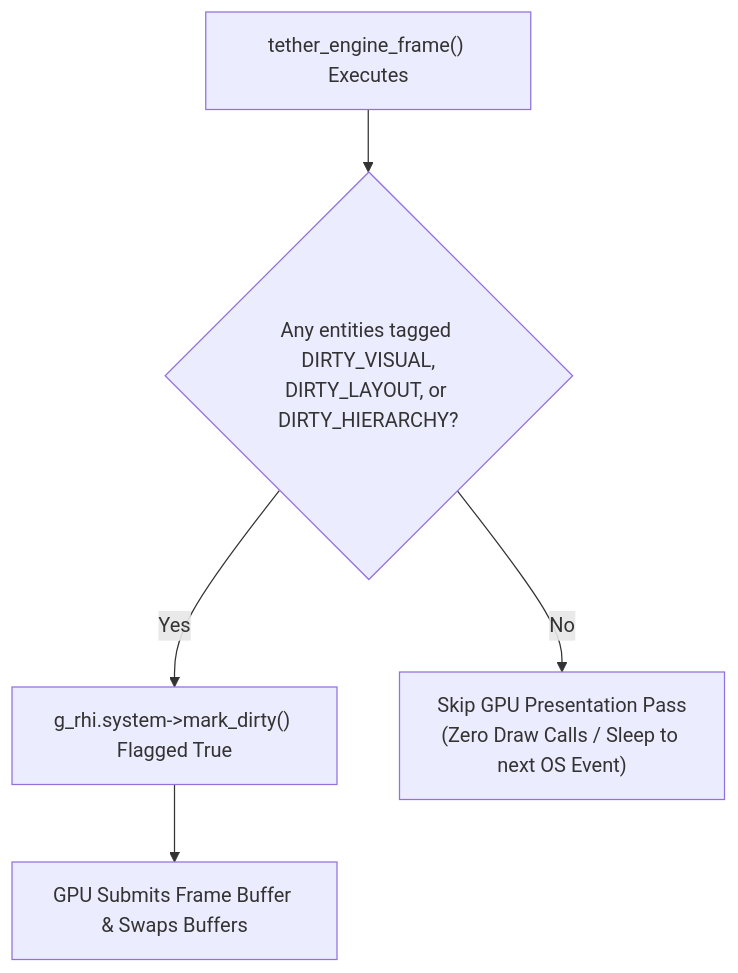
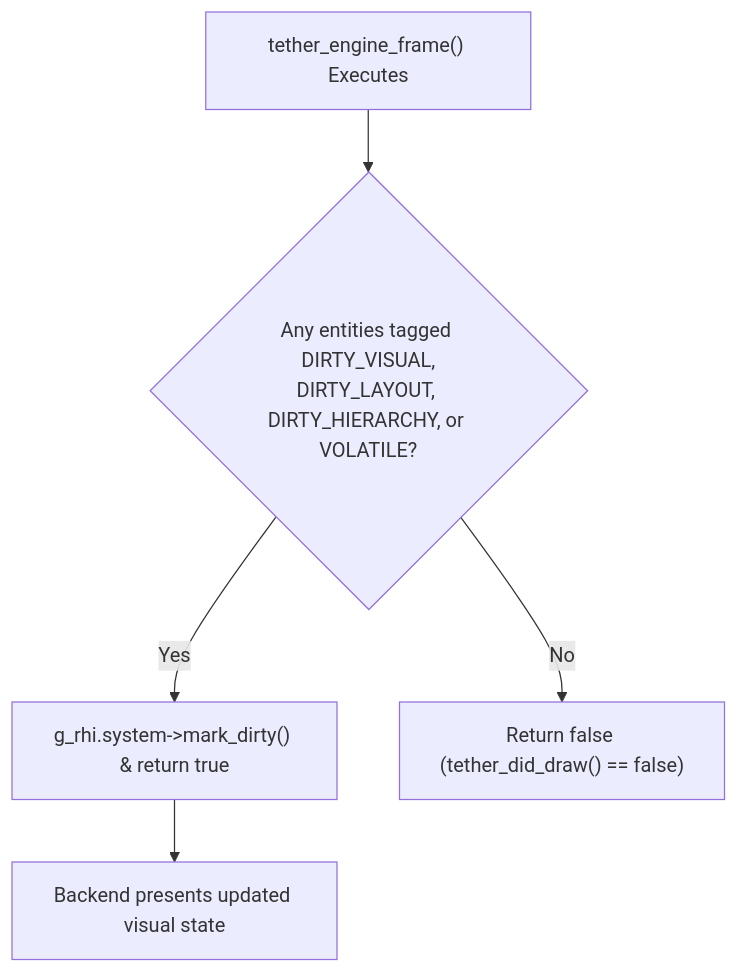
The fourth of 4 diagrams in docs/technical/08_chitra_rendering.md (Yuvi-GD/Tether), drawn with Mermaid before and after one commit. The commit also changed other lines of this file and 24 other files, not shown here.

Commit message:
docs: align technical docs with v0.0.3-preview and clarify presentation roadmap

````diff
--- a/docs/technical/08_chitra_rendering.md
+++ b/docs/technical/08_chitra_rendering.md
@@ -239,9 +232,9 @@
 ```mermaid
 flowchart TD
-    FramePass["tether_engine_frame() Executes"] --> CheckDirty{"Any entities tagged DIRTY_VISUAL,\nDIRTY_LAYOUT, or DIRTY_HIERARCHY?"}
+    FramePass["tether_engine_frame() Executes"] --> CheckDirty{"Any entities tagged DIRTY_VISUAL,\nDIRTY_LAYOUT, DIRTY_HIERARCHY, or VOLATILE?"}
     
-    CheckDirty -- Yes --> MarkDirty["g_rhi.system->mark_dirty() Flagged True"]
-    MarkDirty --> Swap["GPU Submits Frame Buffer & Swaps Buffers"]
+    CheckDirty -- Yes --> MarkDirty["g_rhi.system->mark_dirty() & return true"]
+    MarkDirty --> Swap["Backend presents updated visual state"]
     
-    CheckDirty -- No --> SkipDraw["Skip GPU Presentation Pass\n(Zero Draw Calls / Sleep to next OS Event)"]
+    CheckDirty -- No --> SkipDraw["Return false (tether_did_draw() == false)"]
 ```
````
